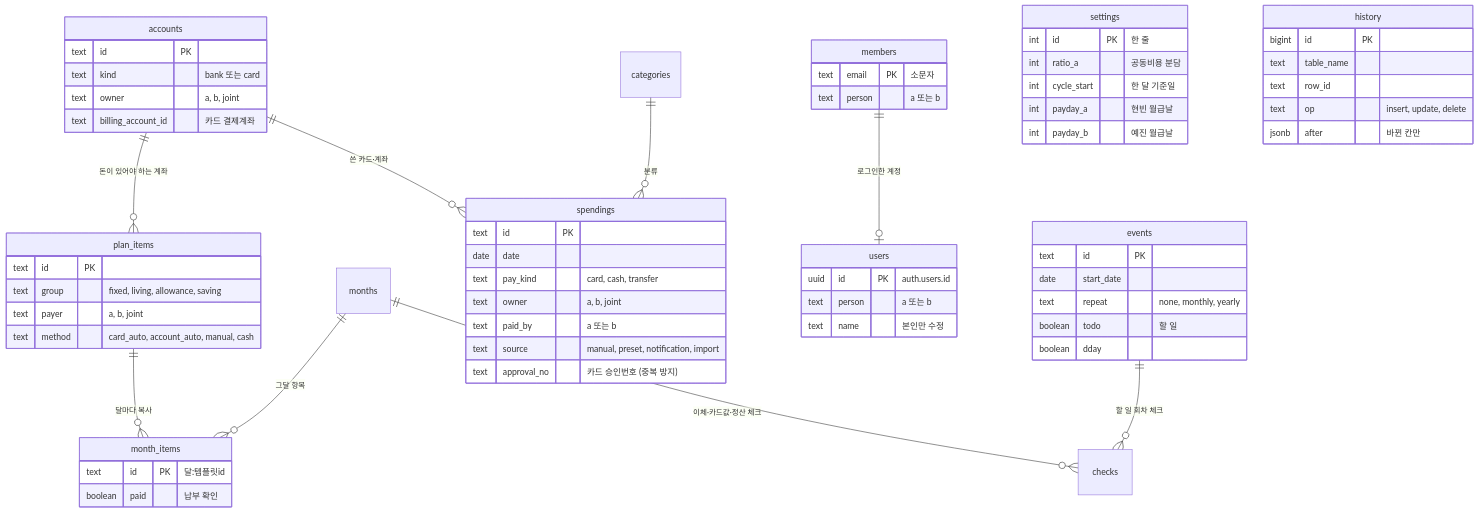
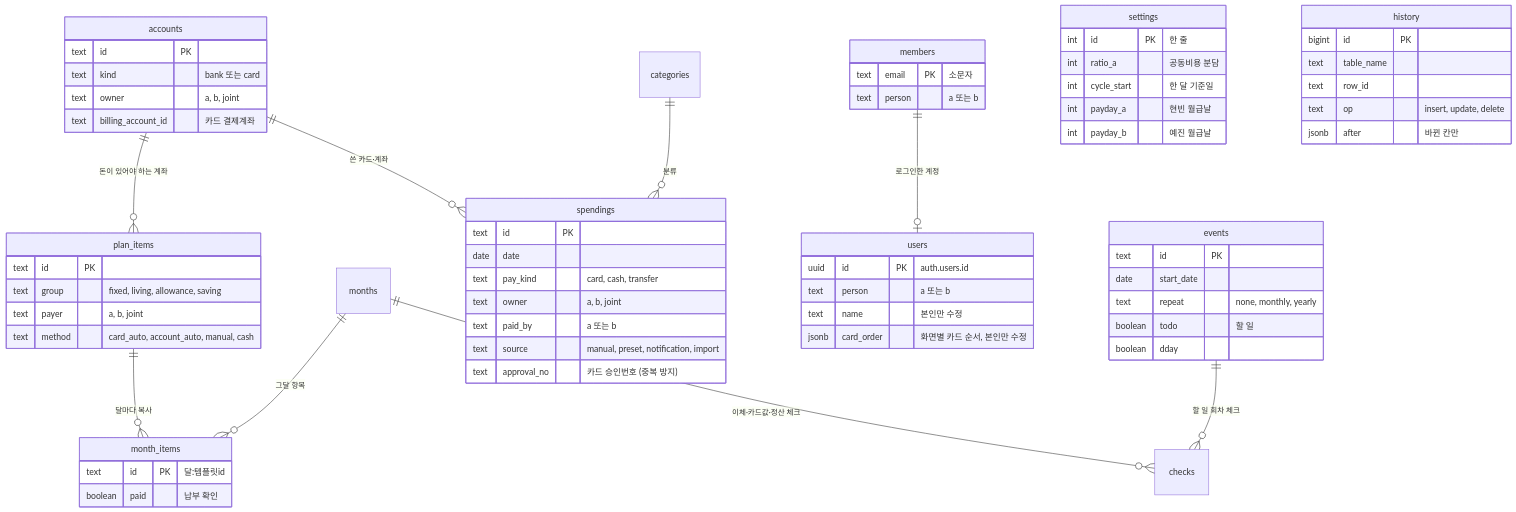
The second of 2 diagrams in docs/ARCHITECTURE.md (jojaden/our-money), drawn with Mermaid before and after one commit. The commit also changed other lines of this file and 22 other files, not shown here.

````diff
--- a/docs/ARCHITECTURE.md
+++ b/docs/ARCHITECTURE.md
@@ -120,66 +120,67 @@
 ```mermaid
 erDiagram
   plan_items ||--o{ month_items : "달마다 복사"
   months ||--o{ month_items : "그달 항목"
   months ||--o{ checks : "이체·카드값·정산 체크"
   accounts ||--o{ plan_items : "돈이 있어야 하는 계좌"
   accounts ||--o{ spendings : "쓴 카드·계좌"
   categories ||--o{ spendings : "분류"
   members ||--o| users : "로그인한 계정"
   events ||--o{ checks : "할 일 회차 체크"
   members {
     text email PK "소문자"
     text person "a 또는 b"
   }
   users {
     uuid id PK "auth.users.id"
     text person "a 또는 b"
     text name "본인만 수정"
+    jsonb card_order "화면별 카드 순서, 본인만 수정"
   }
   settings {
     int id PK "한 줄"
     int ratio_a "공동비용 분담"
     int cycle_start "한 달 기준일"
     int payday_a "현빈 월급날"
     int payday_b "예진 월급날"
   }
   accounts {
     text id PK
     text kind "bank 또는 card"
     text owner "a, b, joint"
     text billing_account_id "카드 결제계좌"
   }
   plan_items {
     text id PK
     text group "fixed, living, allowance, saving"
     text payer "a, b, joint"
     text method "card_auto, account_auto, manual, cash"
   }
   month_items {
     text id PK "달:템플릿id"
     boolean paid "납부 확인"
   }
   spendings {
     text id PK
     date date
     text pay_kind "card, cash, transfer"
     text owner "a, b, joint"
     text paid_by "a 또는 b"
     text source "manual, preset, notification, import"
     text approval_no "카드 승인번호 (중복 방지)"
   }
   events {
     text id PK
     date start_date
     text repeat "none, monthly, yearly"
     boolean todo "할 일"
     boolean dday
   }
   history {
     bigint id PK
     text table_name
     text row_id
     text op "insert, update, delete"
     jsonb after "바뀐 칸만"
   }
 ```
````
